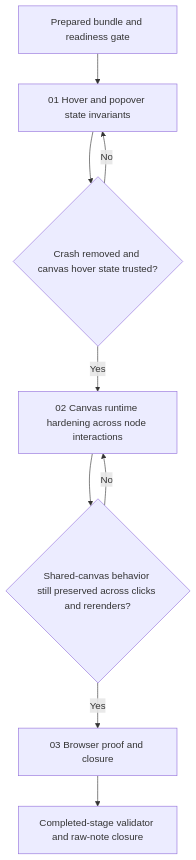
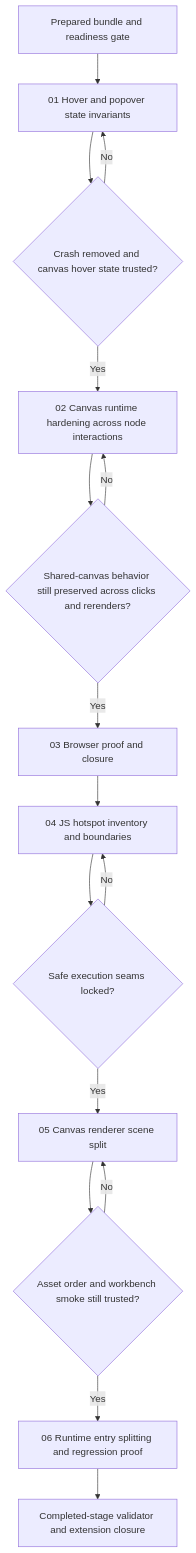
Before and after one commit to fyziktom/CanDoItAll: the diagram in codex/bundles/canvas-workbench-popover-hardening-2026-04-10/plan/01-phase-plan.md, drawn with Mermaid. The commit also changed other lines of this file and 17 other files, not shown here.

````diff
--- a/codex/bundles/canvas-workbench-popover-hardening-2026-04-10/plan/01-phase-plan.md
+++ b/codex/bundles/canvas-workbench-popover-hardening-2026-04-10/plan/01-phase-plan.md
@@ -13,11 +16,18 @@
 ```mermaid
 flowchart TD
     Prep["Prepared bundle and readiness gate"] --> SB01["01 Hover and popover state invariants"]
     SB01 --> Gate01{"Crash removed and canvas hover state trusted?"}
     Gate01 -->|Yes| SB02["02 Canvas runtime hardening across node interactions"]
     Gate01 -->|No| SB01
     SB02 --> Gate02{"Shared-canvas behavior still preserved across clicks and rerenders?"}
     Gate02 -->|Yes| SB03["03 Browser proof and closure"]
     Gate02 -->|No| SB02
-    SB03 --> Close["Completed-stage validator and raw-note closure"]
+    SB03 --> Reopen["04 JS hotspot inventory and boundaries"]
+    Reopen --> Gate04{"Safe execution seams locked?"}
+    Gate04 -->|Yes| SB05["05 Canvas renderer scene split"]
+    Gate04 -->|No| Reopen
+    SB05 --> Gate05{"Asset order and workbench smoke still trusted?"}
+    Gate05 -->|Yes| SB06["06 Runtime entry splitting and regression proof"]
+    Gate05 -->|No| SB05
+    SB06 --> Close["Completed-stage validator and extension closure"]
 ```
````
